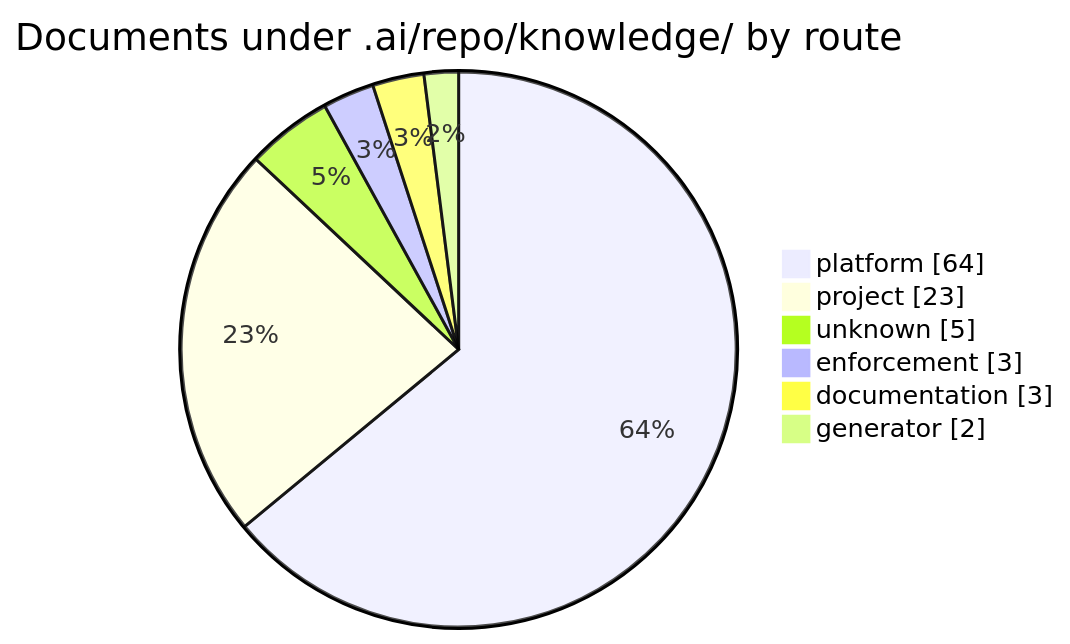
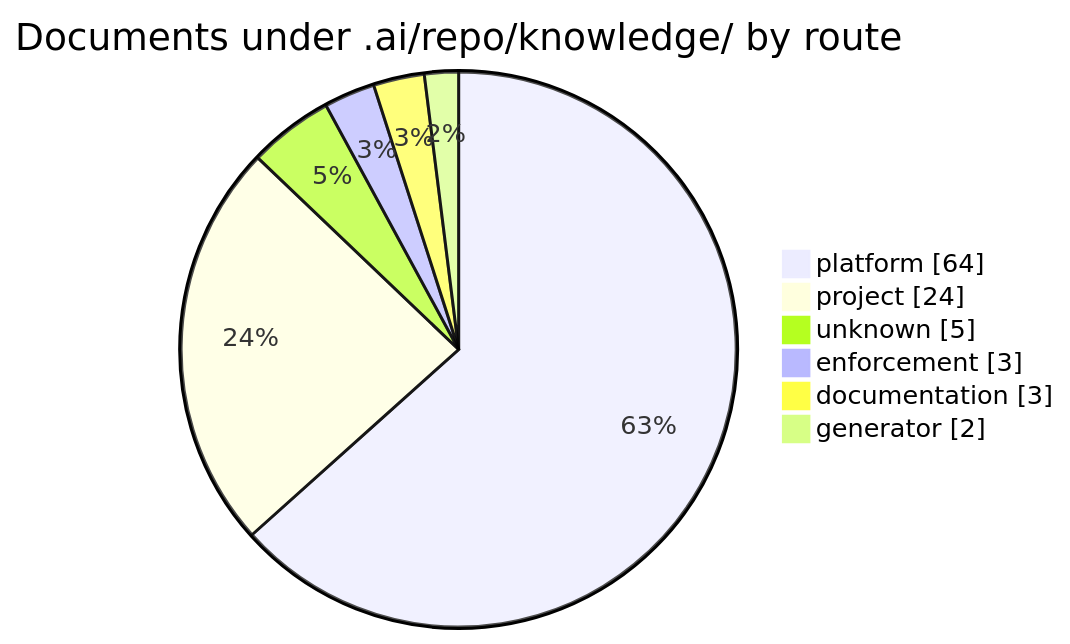
The second of 3 diagrams in .ai/repo/knowledge/README.md (korczis/OpenTTD), drawn with Mermaid before and after one commit. The commit also changed other lines of this file and 2 other files, not shown here.

````diff
--- a/.ai/repo/knowledge/README.md
+++ b/.ai/repo/knowledge/README.md
@@ -46,10 +46,10 @@
 ```mermaid
 pie showData title Documents under .ai/repo/knowledge/ by route
     %% links: README.md?col=Route&filter=platform#records-generated | README.md?col=Route&filter=project#records-generated | README.md?col=Route&filter=#records-generated | README.md?col=Route&filter=enforcement#records-generated | README.md?col=Route&filter=documentation#records-generated | README.md?col=Route&filter=generator#records-generated
     "platform" : 64
-    "project" : 23
+    "project" : 24
     "unknown" : 5
     "enforcement" : 3
     "documentation" : 3
     "generator" : 2
 ```
````
